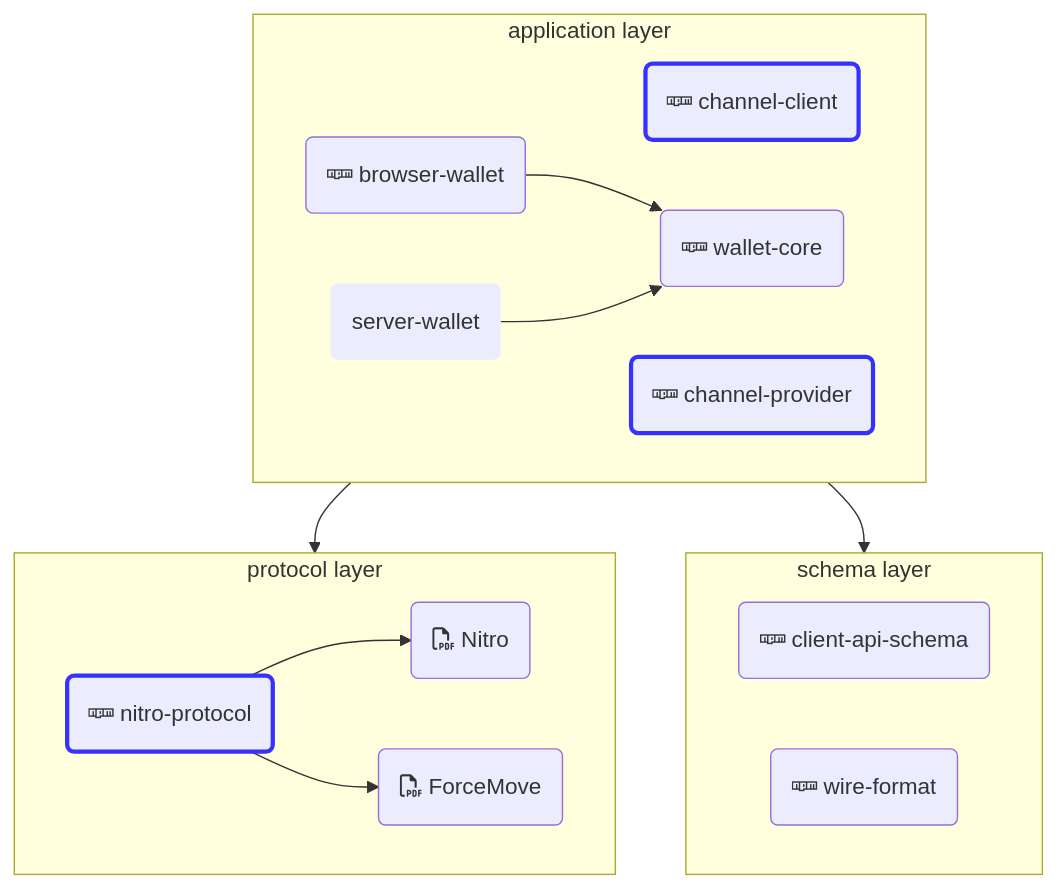
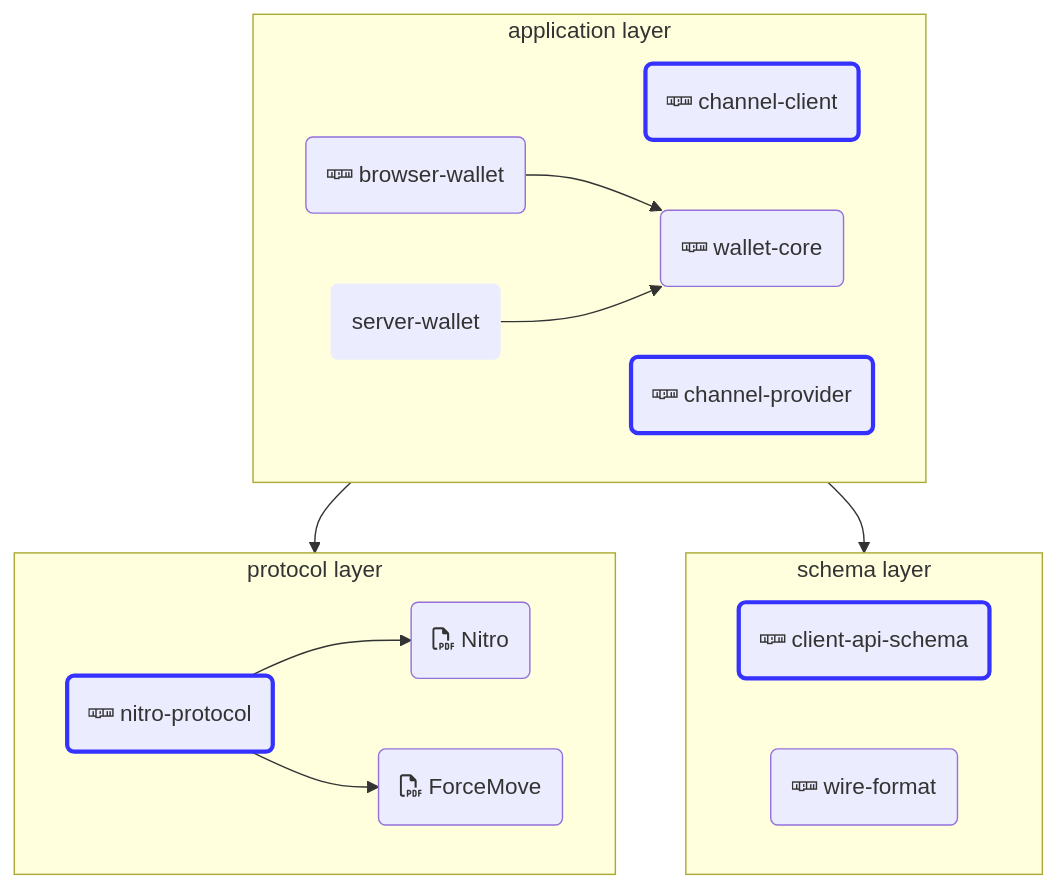
One commit to statechannels/statechannels changed the diagram in packages/docs-website/docs/products.md. Above: the diagram before and after it, drawn with Mermaid.

Commit message:
Add apischema to list of documented packages

```diff
--- a/packages/docs-website/docs/products.md
+++ b/packages/docs-website/docs/products.md
@@ -8,56 +8,57 @@
 <div class="mermaid" align="center">
 flowchart TB;
 linkStyle default interpolate basis
 %% applicationz("3rd party Apps")
 subgraph A [application layer]
 channelclient("fab:fa-npm channel-client")
 channelprovider("fab:fa-npm channel-provider")
 browserwallet("fab:fa-npm browser-wallet")
 serverwallet("server-wallet")
 walletcore("fab:fa-npm wallet-core")
 end
 subgraph P [protocol layer]
 nitroprotocol("fab:fa-npm nitro-protocol")
 forcemovePDF("far:fa-file-pdf ForceMove")
 nitroPDF("far:fa-file-pdf Nitro")
 end
 subgraph S [schema layer]
 apischema("fab:fa-npm client-api-schema")
 wireformat("fab:fa-npm wire-format")
 end
 %% applicationz("web applications")
 A --> P;
 A --> S;
 %% dependency arrows suppressed for now, they make the diagram too busy
 %% channelclient--> channelprovider;
 %% channelclient--> apischema;
 %% applicationz--> nitroprotocol;
 %% applicationz--> channelclient;
 %% applicationz--> channelprovider;
 %% browserwallet--> apischema;
 browserwallet--> walletcore;
 %% browserwallet--> wireformat;
 %% browserwallet--> nitroprotocol;
 serverwallet--> walletcore;
 %% serverwallet--> wireformat;
 nitroprotocol--> nitroPDF;
 nitroprotocol--> forcemovePDF;
 %% walletcore--> nitroprotocol;
 %% walletcore--> wireformat;
 click nitroprotocol "https://www.npmjs.com/package/@statechannels/nitro-protocol";
 click channelclient "https://www.npmjs.com/package/@statechannels/channel-client";
 click channelprovider "https://www.npmjs.com/package/@statechannels/channel-provider";
 click browserwallet "https://www.npmjs.com/package/@statechannels/xstate-wallet";
 click walletcore "https://www.npmjs.com/package/@statechannels/wallet-core";
 click apischema "https://www.npmjs.com/package/@statechannels/client-api-schema";
 click wireformat "https://www.npmjs.com/package/@statechannels/wire-format";
 click forcemovePDF "https://magmo.com/force-move-games.pdf";
 click nitroPDF "https://magmo.com/nitro-protocol.pdf";
 click serverwallet "https://github.com/statechannels/statechannels";
 classDef unpublished stroke:#3531FF,stroke-width:0px;
 classDef documented stroke:#3531FF,stroke-width:3px;
 class serverwallet unpublished;
 class nitroprotocol documented;
 class channelclient documented;
+class apischema documented;
 class channelprovider documented;
 </div>
```
